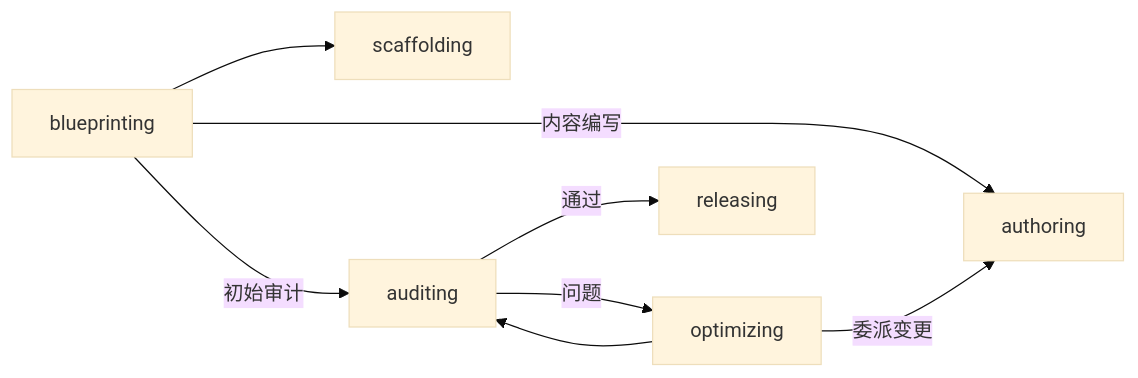
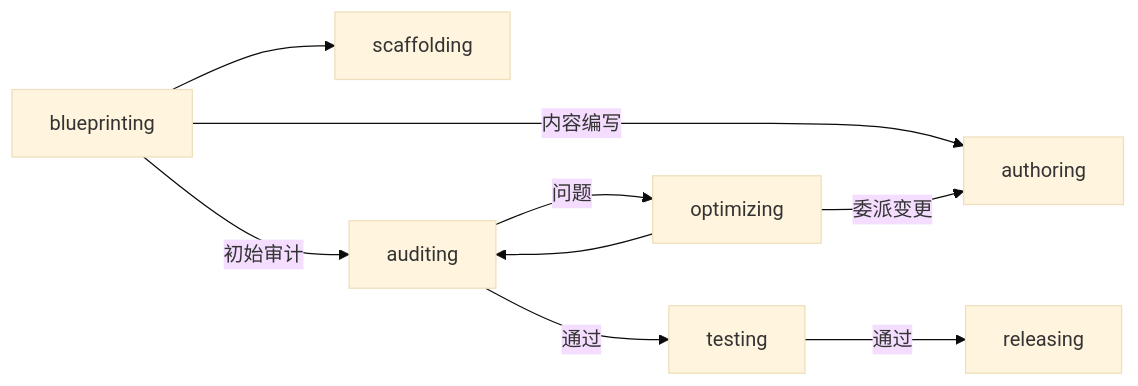
Before and after one commit to OdradekAI/bundles-forge: the second of 3 diagrams in README.zh.md, drawn with Mermaid (base theme). The commit also changed other lines of this file and 24 other files, not shown here.

````diff
--- a/README.zh.md
+++ b/README.zh.md
@@ -77,10 +88,11 @@
 ```mermaid
 flowchart LR
     Design["blueprinting"] --> Scaffold["scaffolding"]
     Design -->|"内容编写"| Write["authoring"]
     Design -->|"初始审计"| Audit["auditing"]
     Audit -->|问题| Optimize["optimizing"]
     Optimize -->|"委派变更"| Write
     Optimize --> Audit
-    Audit -->|通过| Release["releasing"]
+    Audit -->|通过| Test["testing"]
+    Test -->|通过| Release["releasing"]
 ```
````
